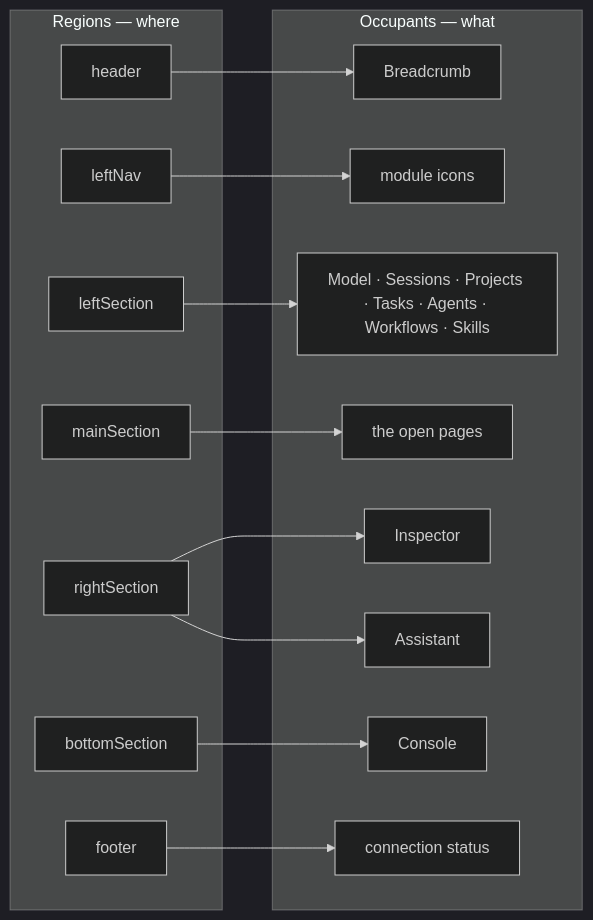
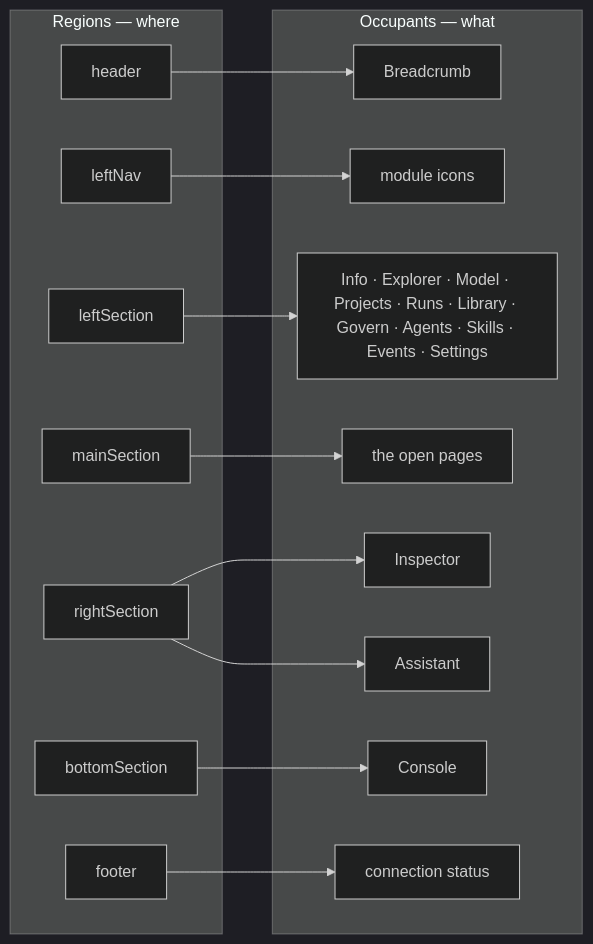
The first of 2 diagrams in docs/for-developers/building-studio/the-shell.md (invana/invana), drawn with Mermaid (dark theme) before and after one commit. The commit also changed other lines of this file and 10 other files, not shown here.

````diff
--- a/docs/for-developers/building-studio/the-shell.md
+++ b/docs/for-developers/building-studio/the-shell.md
@@ -110,14 +110,14 @@
 ```mermaid
 flowchart LR
     subgraph R["Regions — where"]
         H["header"]; LN["leftNav"]; LS["leftSection"]
         MS["mainSection"]; RS["rightSection"]; BS["bottomSection"]; F["footer"]
     end
     subgraph O["Occupants — what"]
         BC["Breadcrumb"]; NAV["module icons"]
-        MP["Model · Sessions · Projects · Tasks · Agents · Workflows · Skills"]
+        MP["Info · Explorer · Model · Projects · Runs · Library · Govern · Agents · Skills · Events · Settings"]
         PG["the open pages"]; INS["Inspector"]; AS["Assistant"]; CON["Console"]; ST["connection status"]
     end
     H --> BC; LN --> NAV; LS --> MP; MS --> PG
     RS --> INS; RS --> AS; BS --> CON; F --> ST
 ```
````
